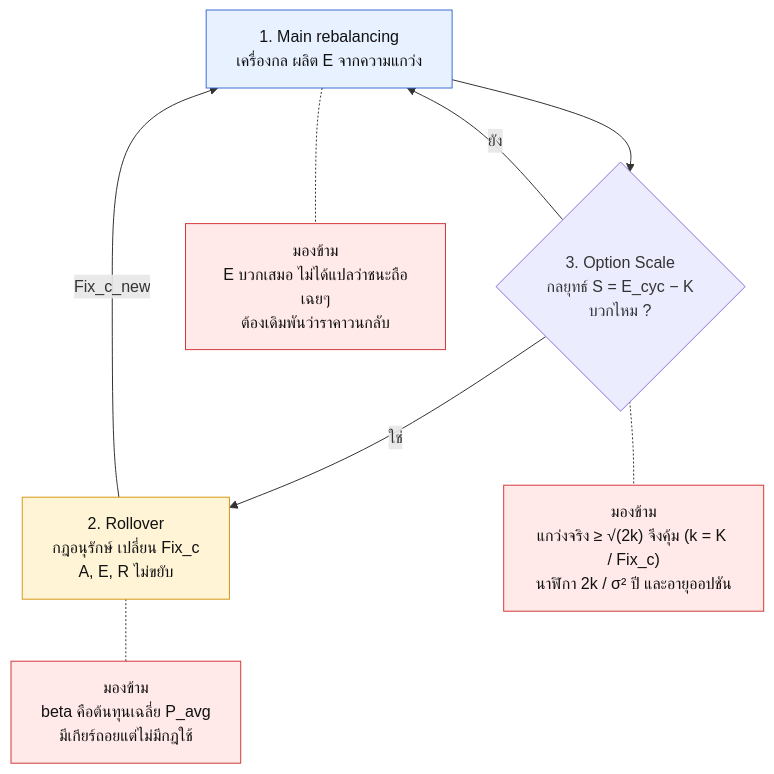
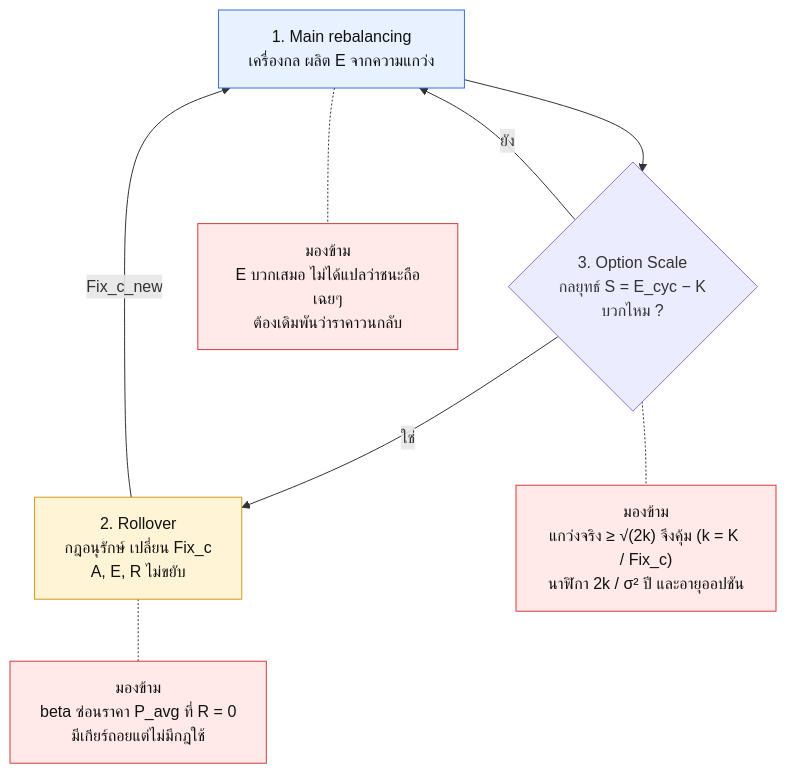
Before and after one commit to firstnattapon/streamlit_lego: the diagram in docs/key_messages/key_overview.mmd, drawn with Mermaid. The commit also changed 2 other files, not shown here.

Commit message:
Key Messages: add the TL;DR (5 messages + one sentence) and clarify P_avg
- Put the five key messages and the one-sentence summary at the top of
  KEY_MESSAGES_TH.md; rename the old "30 seconds" table to a per-topic overview.
- P_avg is the price where R = 0 (the anchor of the reference line), not the
  cost basis of the shares held. Checked on the Playground and test examples
  (R(P_avg) is zero to ~1e-14); a scale-down example gives P_avg = 59.17,
  below every price the capital entered at.
- Add the persistent down-trend case to the "E >= 0 is not a win" evidence and
  say E only grows while the price keeps moving.
- Update key_rollover.mmd and key_overview.mmd to the same wording.

Claude-Session: https://claude.ai/code/session_01Q9gPNv7cfm5CAW4GiCctCc

```diff
--- a/docs/key_messages/key_overview.mmd
+++ b/docs/key_messages/key_overview.mmd
@@ -1,22 +1,22 @@
 flowchart TD
     M["1. Main rebalancing<br/>เครื่องกล ผลิต E จากความแกว่ง"] --> O{"3. Option Scale<br/>กลยุทธ์ S = E_cyc − K<br/>บวกไหม ?"}
 
     O -->|"ใช่"| R["2. Rollover<br/>กฎอนุรักษ์ เปลี่ยน Fix_c<br/>A, E, R ไม่ขยับ"]
     O -->|"ยัง"| M
     R -->|"Fix_c_new"| M
 
     GM["มองข้าม<br/>E บวกเสมอ ไม่ได้แปลว่าชนะถือเฉยๆ<br/>ต้องเดิมพันว่าราคาวนกลับ"]
     GO["มองข้าม<br/>แกว่งจริง ≥ √(2k) จึงคุ้ม (k = K / Fix_c)<br/>นาฬิกา 2k / σ² ปี และอายุออปชัน"]
-    GR["มองข้าม<br/>beta คือต้นทุนเฉลี่ย P_avg<br/>มีเกียร์ถอยแต่ไม่มีกฎใช้"]
+    GR["มองข้าม<br/>beta ซ่อนราคา P_avg ที่ R = 0<br/>มีเกียร์ถอยแต่ไม่มีกฎใช้"]
 
     M -.- GM
     O -.- GO
     R -.- GR
 
     classDef calc fill:#e8f1ff,stroke:#3b6fd4,color:#111;
     classDef act fill:#fff4d6,stroke:#d49a1a,color:#111;
     classDef gap fill:#ffe9e9,stroke:#d43b3b,color:#111;
 
     class M calc;
     class R act;
     class GM,GO,GR gap;
```
